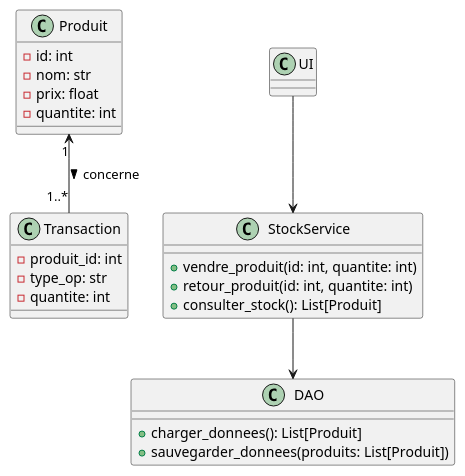
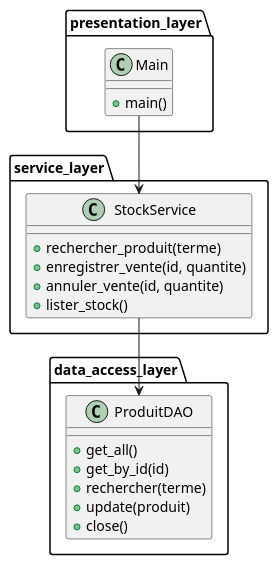
The diagram in docs/UML/class_diagram.puml (Ludo67/LOG430-Lab0), drawn with PlantUML before and after one commit. The commit also changed 9 other files, not shown here.

```diff
--- a/docs/UML/class_diagram.puml
+++ b/docs/UML/class_diagram.puml
@@ -1,29 +1,31 @@
-@startuml
-class Produit {
-  - id: int
-  - nom: str
-  - prix: float
-  - quantite: int
+@startuml class_diagram
+
+package "data_access_layer" {
+  class ProduitDAO {
+    +get_all()
+    +get_by_id(id)
+    +rechercher(terme)
+    +update(produit)
+    +close()
+  }
 }
 
-class Transaction {
-  - produit_id: int
-  - type_op: str
-  - quantite: int
+package "service_layer" {
+  class StockService {
+    +rechercher_produit(terme)
+    +enregistrer_vente(id, quantite)
+    +annuler_vente(id, quantite)
+    +lister_stock()
+  }
 }
 
-class StockService {
-  + vendre_produit(id: int, quantite: int)
-  + retour_produit(id: int, quantite: int)
-  + consulter_stock(): List[Produit]
+package "presentation_layer" {
+  class Main {
+    +main()
+  }
 }
 
-class DAO {
-  + charger_donnees(): List[Produit]
-  + sauvegarder_donnees(produits: List[Produit])
-}
+Main --> StockService
+StockService --> ProduitDAO
 
-Produit "1" <-- "1..*" Transaction : concerne >
-UI --> StockService
-StockService --> DAO
 @enduml
```
